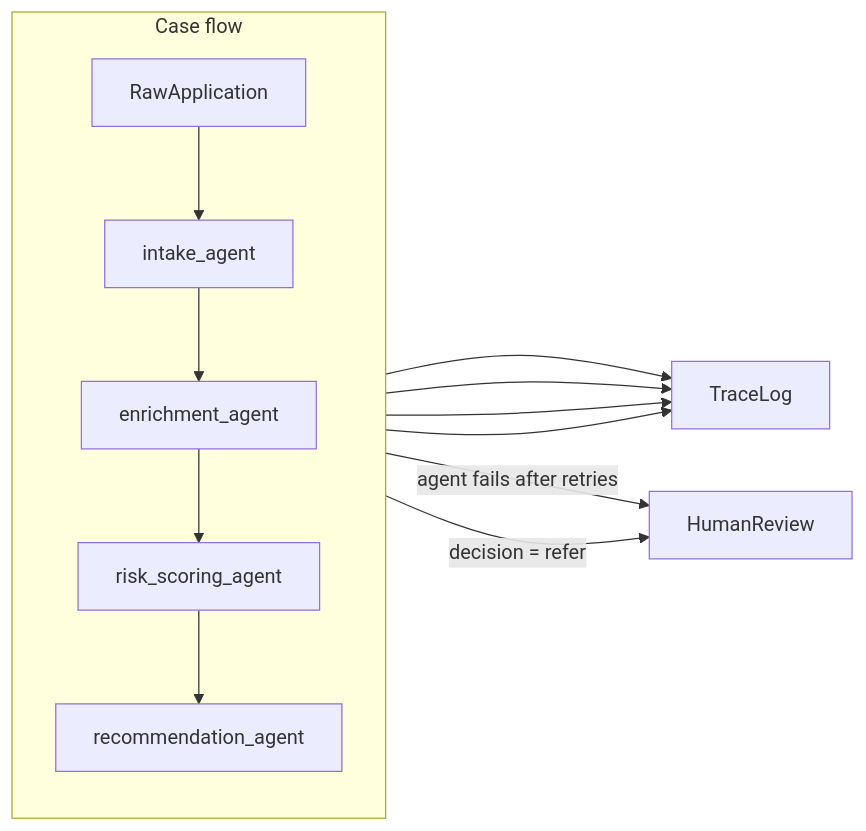
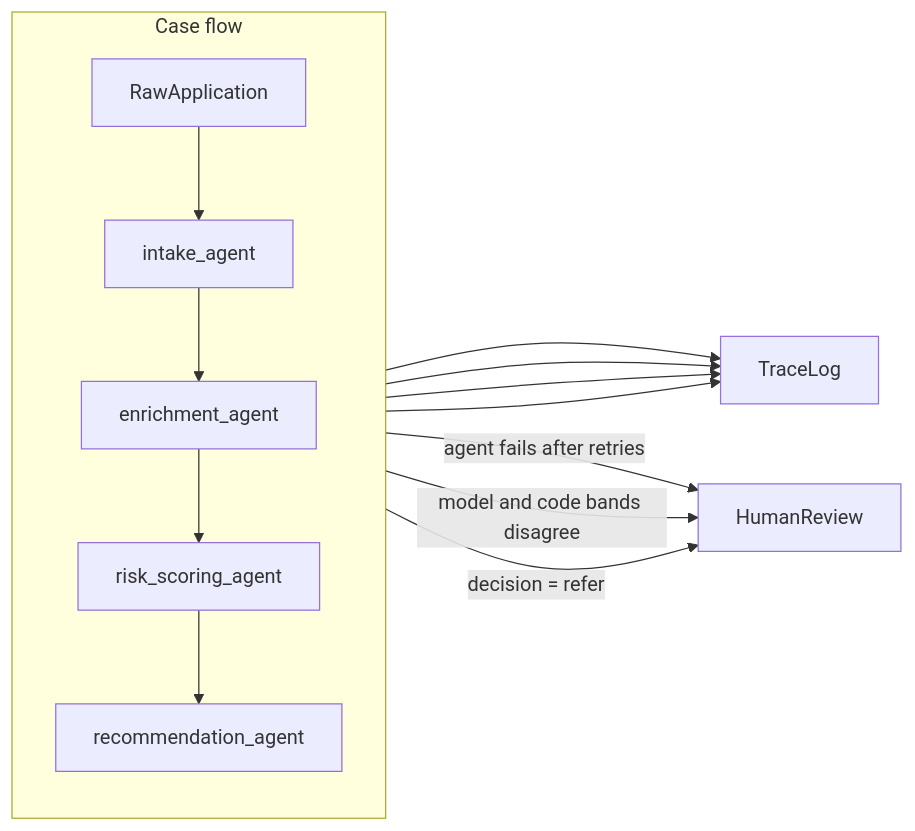
Before and after one commit to hrishikesh-keswani/multi-agent-week8: the diagram in DESIGN.md, drawn with Mermaid. The commit also changed other lines of this file and 39 other files, not shown here.

First line of the commit message:
Cross-check risk bands, report escalations, add a live CI job.

````diff
--- a/DESIGN.md
+++ b/DESIGN.md
@@ -28,21 +28,22 @@
 ```mermaid
 flowchart LR
   trace[TraceLog]
 
   subgraph caseFlow [Case flow]
     direction TB
     raw[RawApplication] --> intake[intake_agent]
     intake --> enrich[enrichment_agent]
     enrich --> risk[risk_scoring_agent]
     risk --> recommend[recommendation_agent]
   end
 
   human[HumanReview]
 
   intake --> trace
   enrich --> trace
   risk --> trace
   recommend --> trace
   risk -->|"agent fails after retries"| human
+  risk -->|"model and code bands disagree"| human
   recommend -->|"decision = refer"| human
 ```
````
